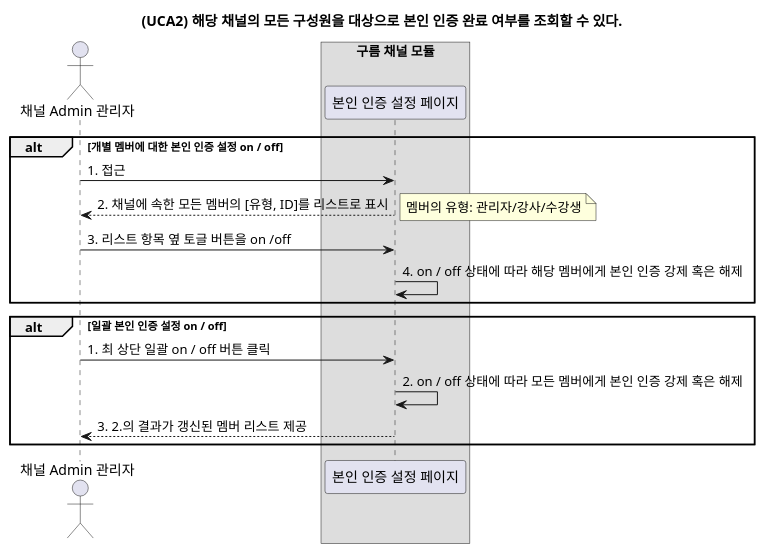
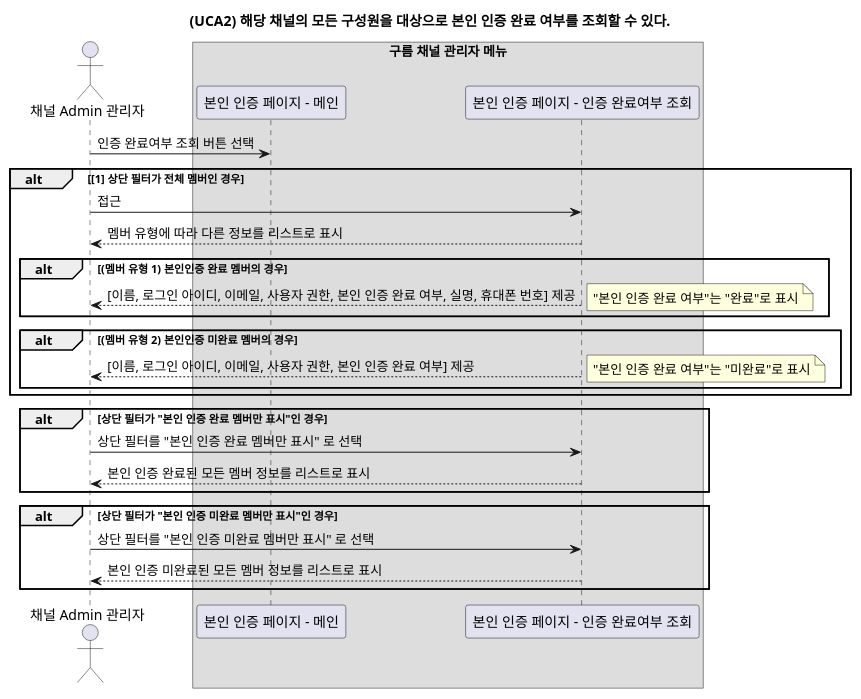
One commit to YoonsooOh/tech-study changed the diagram in 본인인증기획/시퀀스 다이어그램/UCA2.puml. Above: the diagram before and after it, drawn with PlantUML. The commit also changed 1 other file, not shown here.

```diff
--- a/본인인증기획/시퀀스 다이어그램/UCA2.puml
+++ b/본인인증기획/시퀀스 다이어그램/UCA2.puml
@@ -1,26 +1,47 @@
 @startuml
 
 title (UCA2) 해당 채널의 모든 구성원을 대상으로 본인 인증 완료 여부를 조회할 수 있다.
 
 actor "채널 Admin 관리자"
 
-box "구름 채널 모듈"
-participant "본인 인증 설정 페이지"
+box "구름 채널 관리자 메뉴"
+participant "본인 인증 페이지 - 메인"
+participant "본인 인증 페이지 - 인증 완료여부 조회"
 endbox
 
-alt 개별 멤버에 대한 본인 인증 설정 on / off
-"채널 Admin 관리자" -> "본인 인증 설정 페이지" : 1. 접근
-"본인 인증 설정 페이지" --> "채널 Admin 관리자" : 2. 채널에 속한 모든 멤버의 [유형, ID]를 리스트로 표시
+"채널 Admin 관리자" -> "본인 인증 페이지 - 메인" : 인증 완료여부 조회 버튼 선택
+
+
+alt [1] 상단 필터가 전체 멤버인 경우
+
+"채널 Admin 관리자" -> "본인 인증 페이지 - 인증 완료여부 조회" : 접근
+"본인 인증 페이지 - 인증 완료여부 조회" --> "채널 Admin 관리자" : 멤버 유형에 따라 다른 정보를 리스트로 표시
+
+alt (멤버 유형 1) 본인인증 완료 멤버의 경우
+"본인 인증 페이지 - 인증 완료여부 조회" --> "채널 Admin 관리자" : [이름, 로그인 아이디, 이메일, 사용자 권한, 본인 인증 완료 여부, 실명, 휴대폰 번호] 제공
 note right
-멤버의 유형: 관리자/강사/수강생
+"본인 인증 완료 여부"는 "완료"로 표시
 end note
-"채널 Admin 관리자" -> "본인 인증 설정 페이지" : 3. 리스트 항목 옆 토글 버튼을 on /off
-"본인 인증 설정 페이지" -> "본인 인증 설정 페이지" : 4. on / off 상태에 따라 해당 멤버에게 본인 인증 강제 혹은 해제
+
 end
 
-alt 일괄 본인 인증 설정 on / off
-"채널 Admin 관리자" -> "본인 인증 설정 페이지" : 1. 최 상단 일괄 on / off 버튼 클릭
-"본인 인증 설정 페이지" -> "본인 인증 설정 페이지" : 2. on / off 상태에 따라 모든 멤버에게 본인 인증 강제 혹은 해제
-"본인 인증 설정 페이지" --> "채널 Admin 관리자" : 3. 2.의 결과가 갱신된 멤버 리스트 제공
+alt (멤버 유형 2) 본인인증 미완료 멤버의 경우
+"본인 인증 페이지 - 인증 완료여부 조회" --> "채널 Admin 관리자" : [이름, 로그인 아이디, 이메일, 사용자 권한, 본인 인증 완료 여부] 제공
+note right
+"본인 인증 완료 여부"는 "미완료"로 표시
+end note
 end
+
+end
+
+alt 상단 필터가 "본인 인증 완료 멤버만 표시"인 경우
+"채널 Admin 관리자" -> "본인 인증 페이지 - 인증 완료여부 조회" : 상단 필터를 "본인 인증 완료 멤버만 표시" 로 선택
+"본인 인증 페이지 - 인증 완료여부 조회" --> "채널 Admin 관리자" : 본인 인증 완료된 모든 멤버 정보를 리스트로 표시
+end
+
+alt 상단 필터가 "본인 인증 미완료 멤버만 표시"인 경우
+"채널 Admin 관리자" -> "본인 인증 페이지 - 인증 완료여부 조회" : 상단 필터를 "본인 인증 미완료 멤버만 표시" 로 선택
+"본인 인증 페이지 - 인증 완료여부 조회" --> "채널 Admin 관리자" : 본인 인증 미완료된 모든 멤버 정보를 리스트로 표시
+end
+
 @enduml
```
